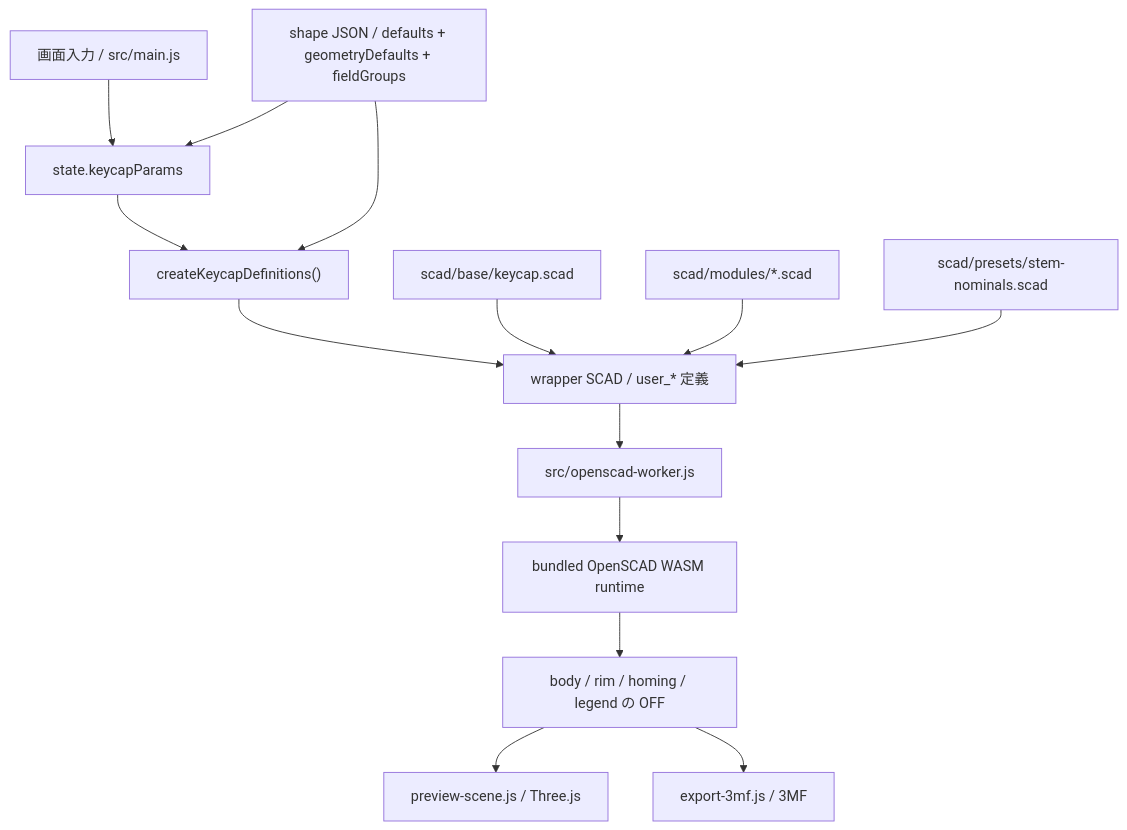
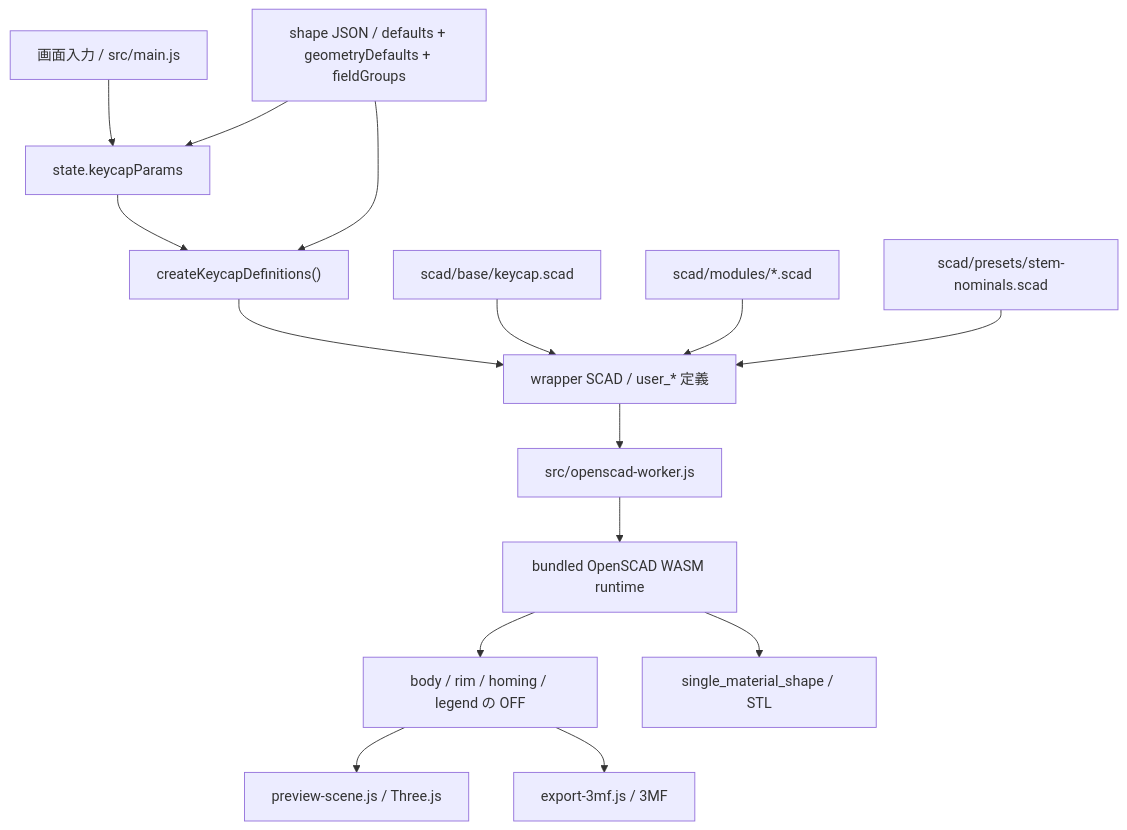
Before and after one commit to Masashi-desu/KeycapMaker: the diagram in docs/architecture/scad-and-export.md, drawn with Mermaid. The commit also changed other lines of this file and 15 other files, not shown here.

Commit message:
Add optional single-color STL export

````diff
--- a/docs/architecture/scad-and-export.md
+++ b/docs/architecture/scad-and-export.md
@@ -70,16 +71,17 @@
 ```mermaid
 flowchart TD
   screen["画面入力 / src/main.js"] --> state["state.keycapParams"]
   shapeJson["shape JSON / defaults + geometryDefaults + fieldGroups"] --> state
   state --> bridge["createKeycapDefinitions()"]
   shapeJson --> bridge
   bridge --> wrapper["wrapper SCAD / user_* 定義"]
   scadEntry["scad/base/keycap.scad"] --> wrapper
   scadModules["scad/modules/*.scad"] --> wrapper
   stemNominals["scad/presets/stem-nominals.scad"] --> wrapper
   wrapper --> worker["src/openscad-worker.js"]
   worker --> wasm["bundled OpenSCAD WASM runtime"]
   wasm --> off["body / rim / homing / legend の OFF"]
   off --> preview["preview-scene.js / Three.js"]
   off --> export3mf["export-3mf.js / 3MF"]
+  wasm --> exportStl["single_material_shape / STL"]
 ```
````
